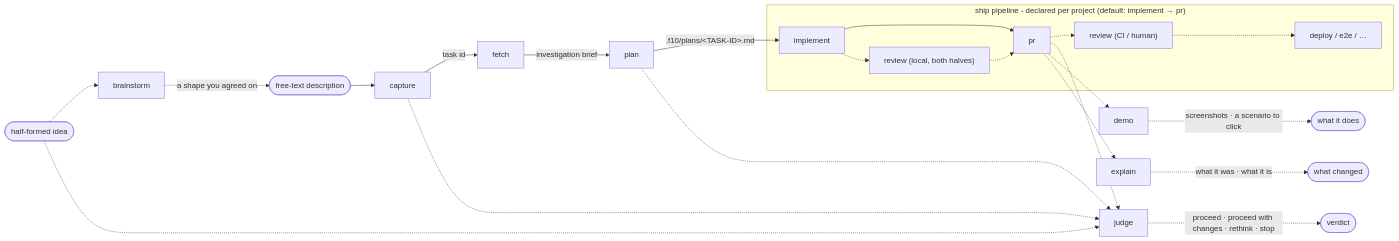
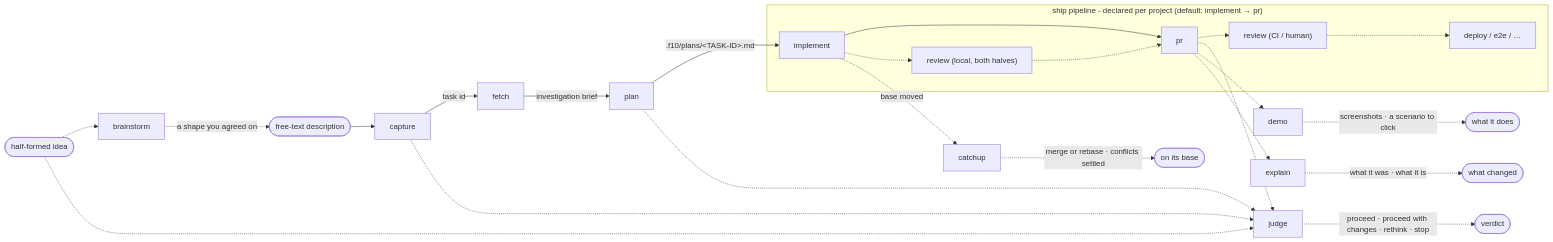
One commit to amberpixels/f10 changed the first of 2 diagrams in README.md. Above: the diagram before and after it, drawn with Mermaid. The commit also changed other lines of this file and 7 other files, not shown here.

First line of the commit message:
Add /f10:catchup: bring a branch up to date with its base, conflicts settled

````diff
--- a/README.md
+++ b/README.md
@@ -30,23 +31,25 @@
 ```mermaid
 flowchart LR
     idea(["half-formed idea"]) -.-> brain[brainstorm]
     brain -.->|"a shape you agreed on"| desc
     desc(["free-text description"]) --> capSt[capture]
     capSt -->|task id| fetch[fetch]
     fetch -->|investigation brief| plan[plan]
     plan -->|".f10/plans/&lt;TASK-ID&gt;.md"| implement
     subgraph shippipe ["ship pipeline - declared per project (default: implement → pr)"]
         implement[implement] --> pr[pr]
         implement -.-> revL["review (local, both halves)"] -.-> pr
         pr -.-> revC["review (CI / human)"] -.-> deploy["deploy / e2e / …"]
     end
     idea -.-> judge[judge]
     capSt -.-> judge
     plan -.-> judge
     pr -.-> judge
     judge -.->|"proceed · proceed with changes · rethink · stop"| verdict(["verdict"])
     pr -.-> demo[demo]
     demo -.->|"screenshots · a scenario to click"| evidence(["what it does"])
     pr -.-> expl[explain]
     expl -.->|"what it was · what it is"| told(["what changed"])
+    implement -.->|"base moved"| catch[catchup]
+    catch -.->|"merge or rebase · conflicts settled"| uptodate(["on its base"])
 ```
````
